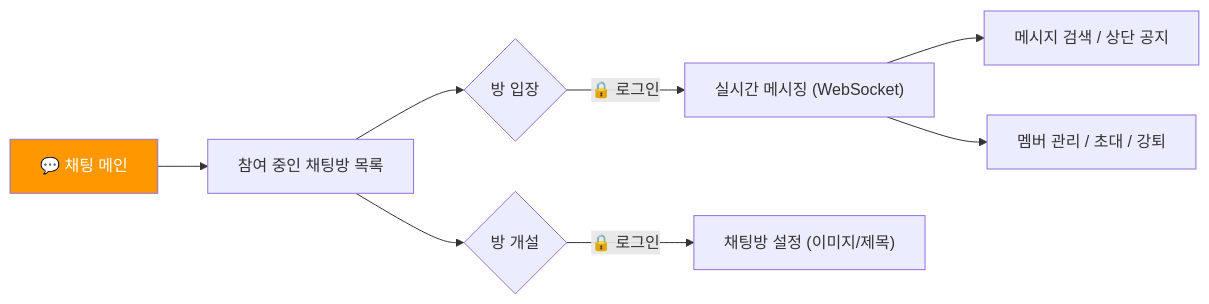
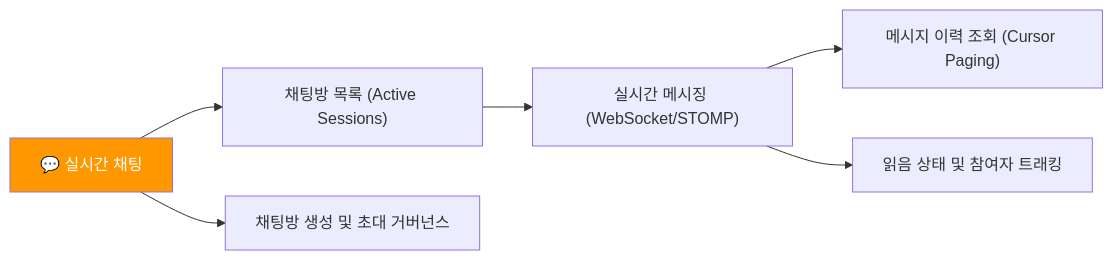
Before and after one commit to KJH-Portfolio/202602-Environmenta-Organization: the third of 5 diagrams in ia.md, drawn with Mermaid. The commit also changed other lines of this file and 9 other files, not shown here.

````diff
--- a/ia.md
+++ b/ia.md
@@ -62,13 +65,11 @@
 ```mermaid
 graph LR
-    SUB_C["💬 채팅 메인"] --> C1["참여 중인 채팅방 목록"]
-    C1 --> C2{방 입장}
-    C2 -->|"🔒 로그인"| C3["실시간 메시징 (WebSocket)"]
-    C3 --> C4["메시지 검색 / 상단 공지"]
-    C3 --> C5["멤버 관리 / 초대 / 강퇴"]
+    SUB_C["💬 실시간 채팅"] --> C1["채팅방 목록 (Active Sessions)"]
+    C1 --> C2["실시간 메시징 (WebSocket/STOMP)"]
+    C2 --> C3["메시지 이력 조회 (Cursor Paging)"]
+    C2 --> C4["읽음 상태 및 참여자 트래킹"]
     
-    C1 --> C6{방 개설}
-    C6 -->|"🔒 로그인"| C7["채팅방 설정 (이미지/제목)"]
+    SUB_C --> C5["채팅방 생성 및 초대 거버넌스"]
 
     style SUB_C fill:#FF9800,color:#fff
 ```
````
